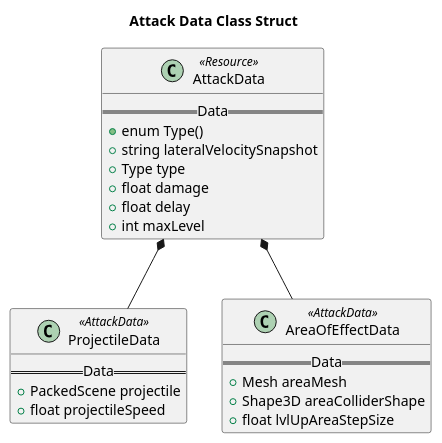
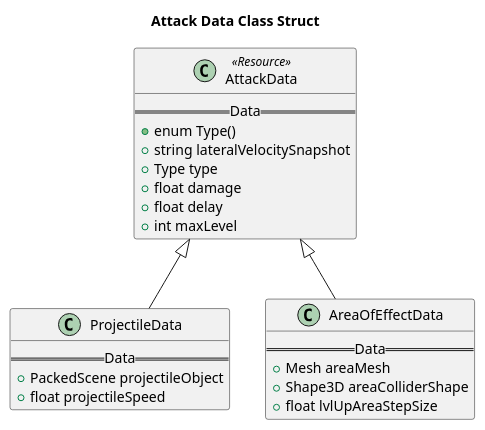
Before and after one commit to kjtkanaly/Roguelike-Shoot-Em-Up: the diagram in UML-Diagrams/src/Attack_Data_Class_Struct.puml, drawn with PlantUML. The commit also changed 3 other files, not shown here.

```diff
--- a/UML-Diagrams/src/Attack_Data_Class_Struct.puml
+++ b/UML-Diagrams/src/Attack_Data_Class_Struct.puml
@@ -1,31 +1,31 @@
 @startuml Attack Data Class Struct
 
 title Attack Data Class Struct
 
 class AttackData <<Resource>>{
     == Data ==
     + enum Type()
     + string lateralVelocitySnapshot
     + Type type
     + float damage
     + float delay
     + int maxLevel
 }
 
-class ProjectileData <<AttackData>> {
+class ProjectileData {
     == Data ==
-    + PackedScene projectile
+    + PackedScene projectileObject
     + float projectileSpeed
 }
 
-class AreaOfEffectData <<AttackData>> {
+class AreaOfEffectData {
     == Data ==
     + Mesh areaMesh
     + Shape3D areaColliderShape
     + float lvlUpAreaStepSize
 }
 
-AttackData *-- ProjectileData
-AttackData *-- AreaOfEffectData
+AttackData <|-- ProjectileData
+AttackData <|-- AreaOfEffectData
 
 @enduml
```
